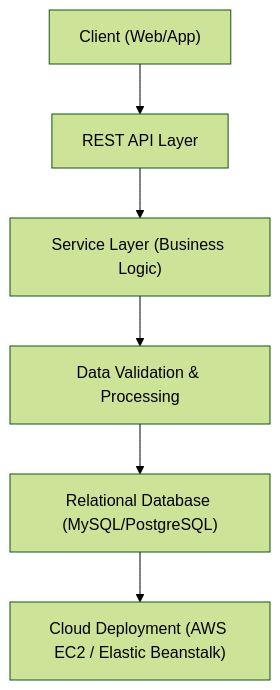
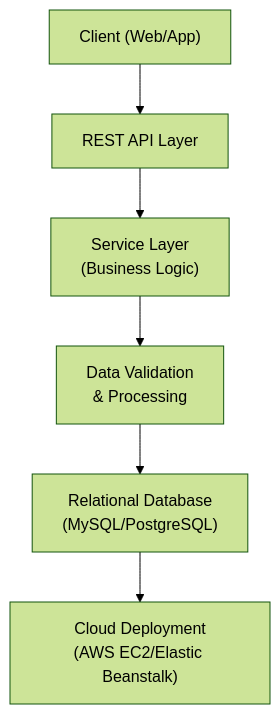
Before and after one commit to Satya136-dvsn/Duba_Venkata_Satyanarayana-: the first of 3 diagrams in README.md, drawn with Mermaid (forest theme). The commit also changed other lines of this file, not shown here.

Commit message:
Wrap long text in Mermaid diagrams

````diff
--- a/README.md
+++ b/README.md
@@ -57,8 +57,8 @@
 ```mermaid
-graph TD
+flowchart TD
     Client["Client (Web/App)"] --> REST["REST API Layer"]
-    REST --> Service["Service Layer (Business Logic)"]
-    Service --> Validation["Data Validation & Processing"]
-    Validation --> DB["Relational Database (MySQL/PostgreSQL)"]
-    DB --> Cloud["Cloud Deployment (AWS EC2 / Elastic Beanstalk)"]
+    REST --> Service["Service Layer<br>(Business Logic)"]
+    Service --> Validation["Data Validation<br>& Processing"]
+    Validation --> DB["Relational Database<br>(MySQL/PostgreSQL)"]
+    DB --> Cloud["Cloud Deployment<br>(AWS EC2/Elastic Beanstalk)"]
 ```
````
